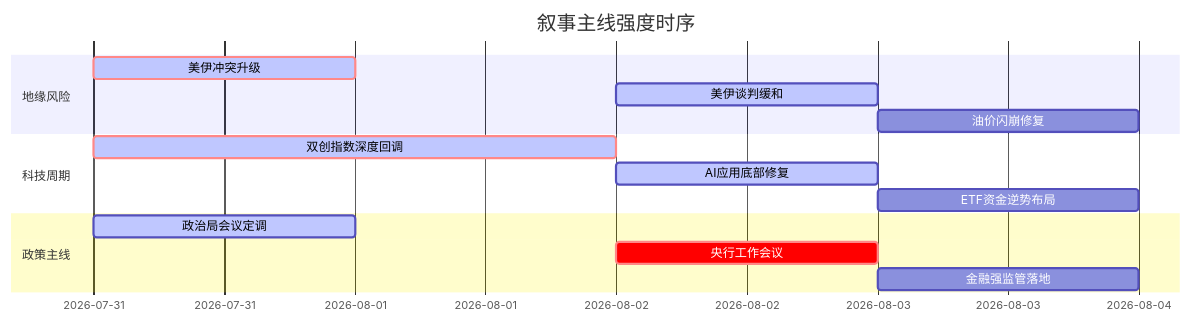
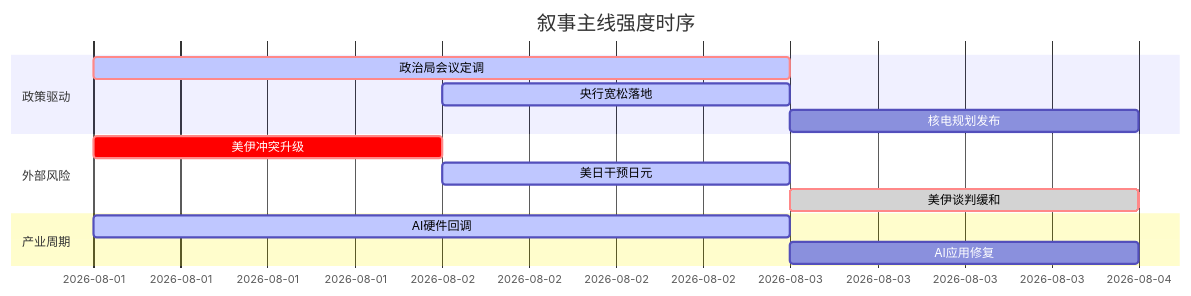
Before and after one commit to uu5zn/uu5zn.github.io: the diagram in 5day_report.md, drawn with Mermaid. The commit also changed other lines of this file and 24 other files, not shown here.

````diff
--- a/5day_report.md
+++ b/5day_report.md
@@ -58,19 +58,18 @@
 ```mermaid
 gantt
     title 叙事主线强度时序
     dateFormat YYYY-MM-DD
-    section 地缘风险
-    美伊冲突升级        :crit, active, 2026-07-31, 1d
-    美伊谈判缓和        :active, 2026-08-02, 1d
-    油价闪崩修复        :2026-08-03, 1d
+    section 政策驱动
+    政治局会议定调   :crit, active, 2026-08-01, 2d
+    央行宽松落地     :active, 2026-08-02, 1d
+    核电规划发布     :2026-08-03, 1d
     
-    section 科技周期
-    双创指数深度回调    :crit, active, 2026-07-31, 2d
-    AI应用底部修复      :active, 2026-08-02, 1d
-    ETF资金逆势布局     :2026-08-03, 1d
+    section 外部风险
+    美伊冲突升级     :crit, 2026-08-01, 1d
+    美日干预日元     :active, 2026-08-02, 1d
+    美伊谈判缓和     :crit, done, 2026-08-03, 1d
     
-    section 政策主线
-    政治局会议定调      :active, 2026-07-31, 1d
-    央行工作会议        :crit, 2026-08-02, 1d
-    金融强监管落地      :2026-08-03, 1d
+    section 产业周期
+    AI硬件回调       :active, 2026-08-01, 2d
+    AI应用修复       :2026-08-03, 1d
 ```
````
